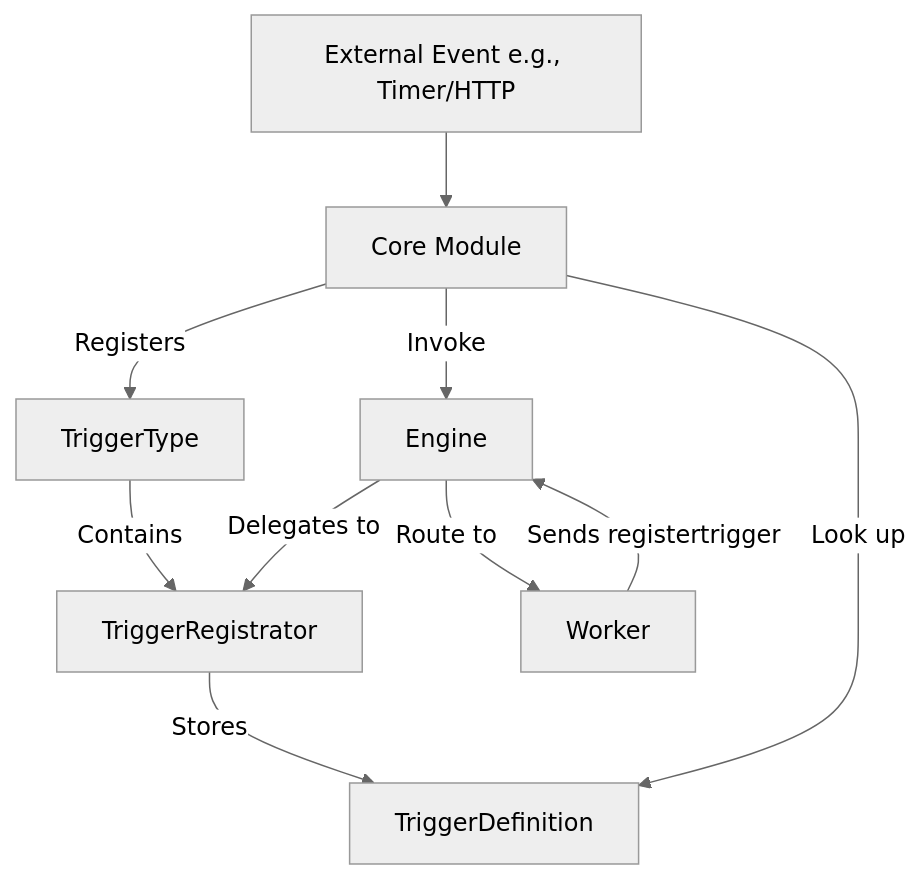
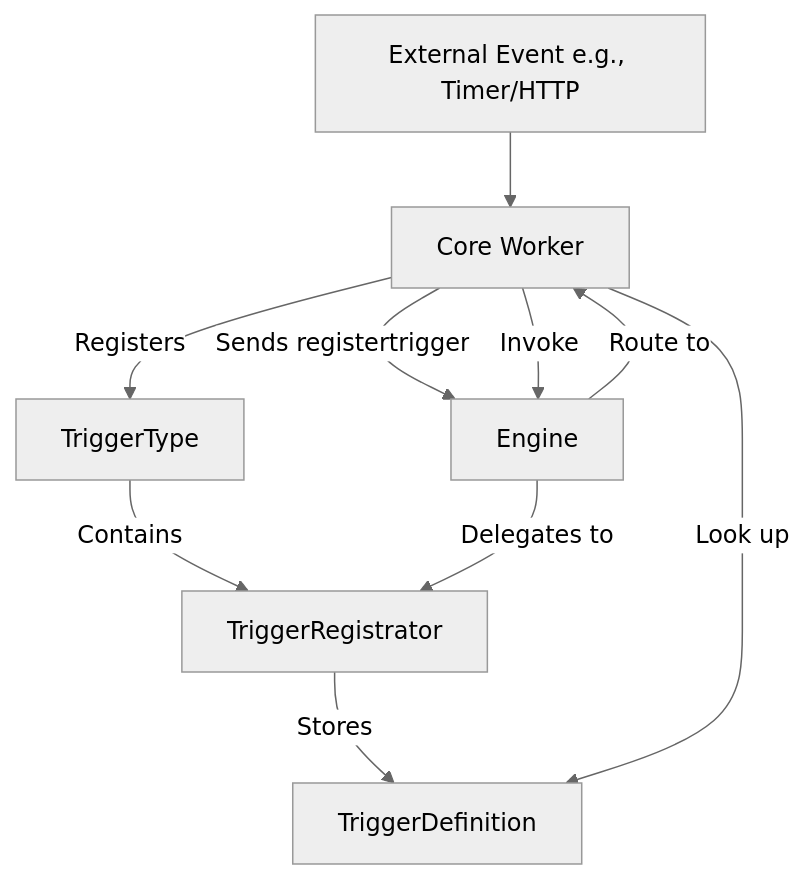
The third of 3 diagrams in docs/advanced/custom-modules.mdx (iii-hq/iii), drawn with Mermaid (neutral theme) before and after one commit. The commit also changed other lines of this file and 254 other files, not shown here.

````diff
--- a/docs/advanced/custom-modules.mdx
+++ b/docs/advanced/custom-modules.mdx
@@ -389,14 +390,14 @@
 ```mermaid
 graph TD
-    Module[Core Module] -->|Registers| TT[TriggerType]
+    Worker[Core Worker] -->|Registers| TT[TriggerType]
     TT -->|Contains| Registrator[TriggerRegistrator]
 
     Worker -->|Sends registertrigger| Engine
     Engine -->|Delegates to| Registrator
     Registrator -->|Stores| TriggerDefinition
 
-    ExternalEvent[External Event e.g., Timer/HTTP] --> Module
-    Module -->|Look up| TriggerDefinition
-    Module -->|Invoke| Engine
+    ExternalEvent[External Event e.g., Timer/HTTP] --> Worker
+    Worker -->|Look up| TriggerDefinition
+    Worker -->|Invoke| Engine
     Engine -->|Route to| Worker
 ```
````
